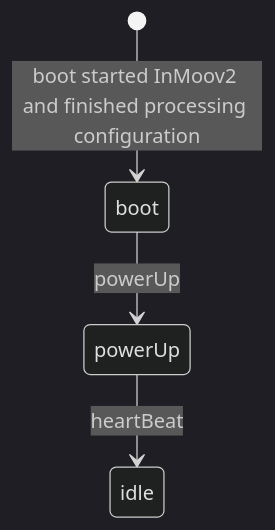
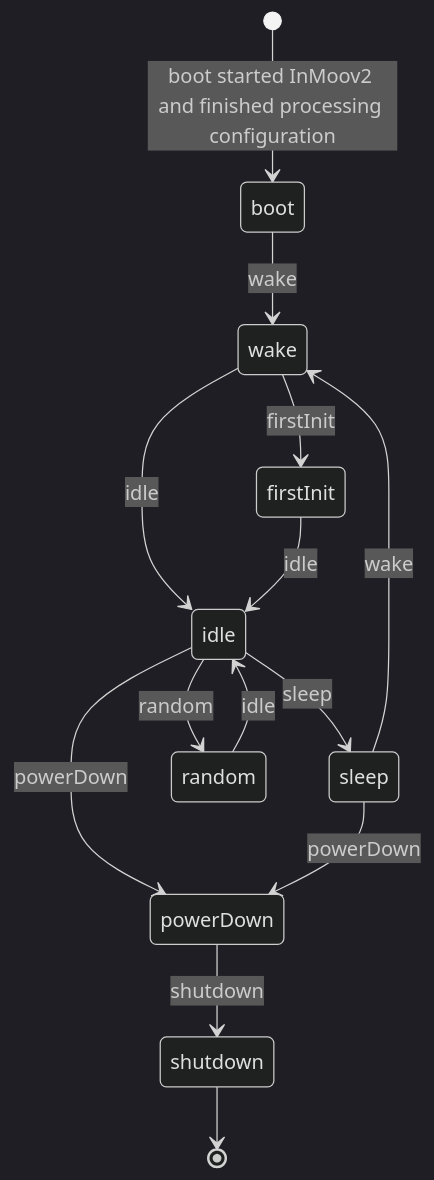
The first of 3 diagrams in README.md (MyRobotLab/InMoov2), drawn with Mermaid (dark theme) before and after one commit. The commit also changed other lines of this file and 21 other files, not shown here.

````diff
--- a/README.md
+++ b/README.md
@@ -16,6 +13,16 @@
 ```mermaid
 stateDiagram
     [*] --> boot: boot started InMoov2 and finished processing configuration
-    boot --> powerUp: powerUp
-    powerUp --> idle: heartBeat
+    boot --> wake: wake
+    wake --> idle: idle
+    wake --> firstInit: firstInit
+    firstInit --> idle: idle
+    idle --> powerDown: powerDown
+    idle --> sleep: sleep
+    idle --> random: random
+    random --> idle: idle
+    sleep --> wake: wake
+    sleep --> powerDown: powerDown
+    powerDown --> shutdown: shutdown
+    shutdown --> [*]
 ```
````
